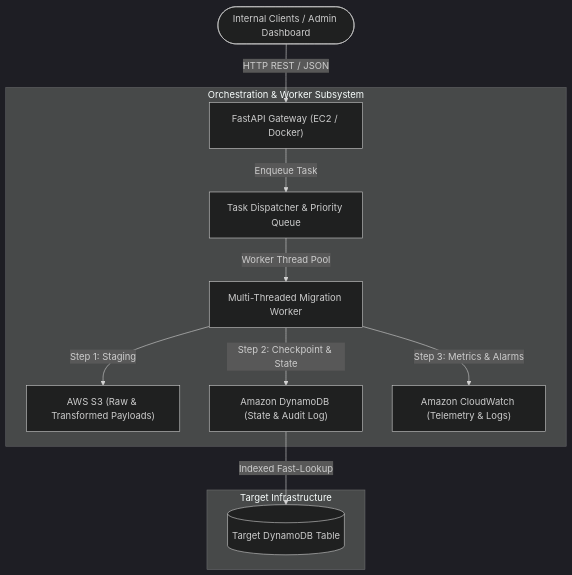
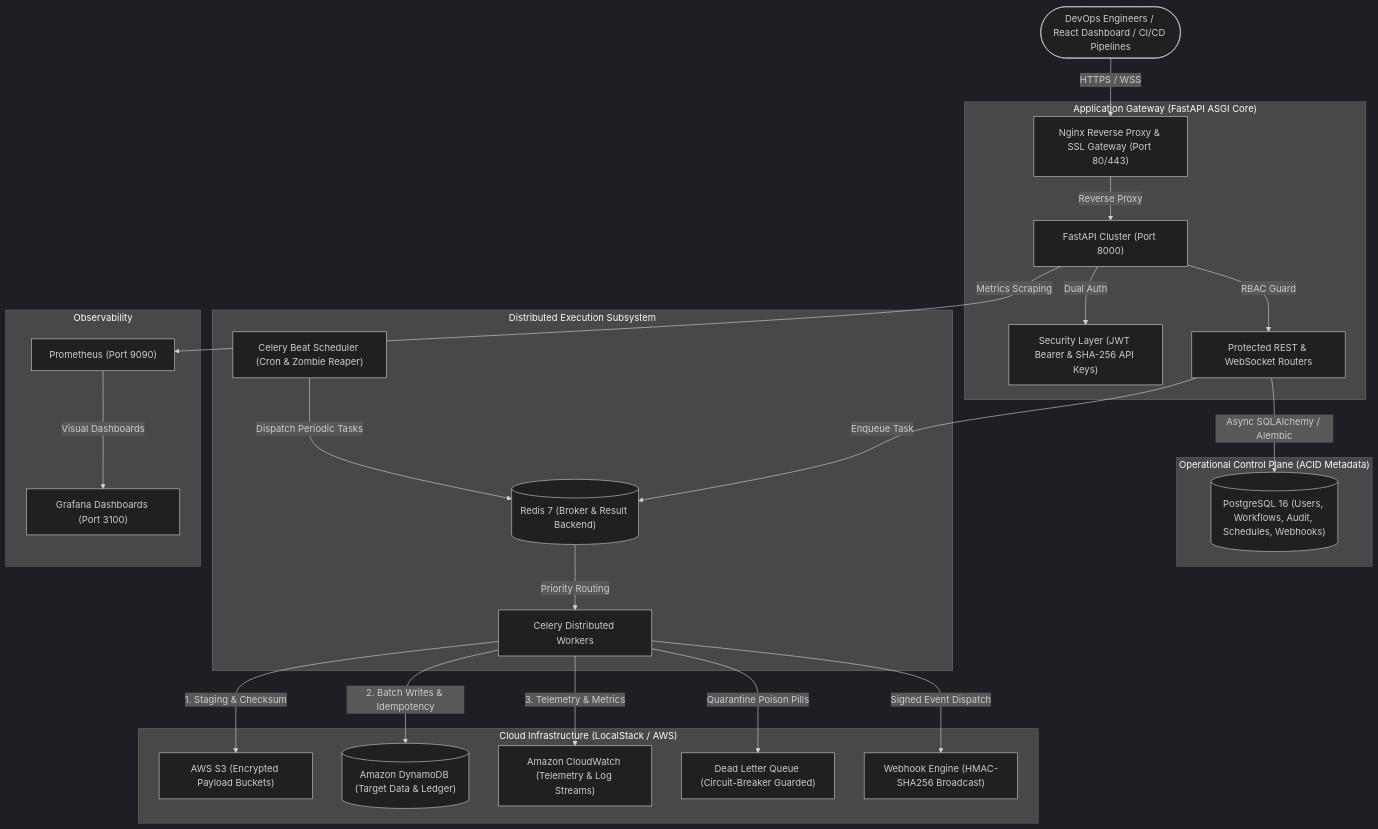
Before and after one commit to anuragsinghmusics-wq/aws-cloud-workflow-orchestrator: the first of 2 diagrams in README.md, drawn with Mermaid (dark theme). The commit also changed other lines of this file and 143 other files, not shown here.

Commit message:
feat: complete cloud-native workflow orchestrator with React 18 UI, 173 passing tests, AWS LocalStack integration, and comprehensive documentation

````diff
--- a/README.md
+++ b/README.md
@@ -43,16 +59,33 @@
 ```mermaid
 flowchart TD
-    Client(["Internal Clients / Admin Dashboard"]) -->|HTTP REST / JSON| API["FastAPI Gateway (EC2 / Docker)"]
+    Client(["DevOps Engineers / React Dashboard / CI/CD Pipelines"]) -->|HTTPS / WSS| Nginx["Nginx Reverse Proxy & SSL Gateway (Port 80/443)"]
     
-    subgraph Core Engine ["Orchestration & Worker Subsystem"]
-        API -->|Enqueue Task| Dispatcher["Task Dispatcher & Priority Queue"]
-        Dispatcher -->|Worker Thread Pool| Worker["Multi-Threaded Migration Worker"]
-        Worker -->|Step 1: Staging| S3["AWS S3 (Raw & Transformed Payloads)"]
-        Worker -->|Step 2: Checkpoint & State| DDB["Amazon DynamoDB (State & Audit Log)"]
-        Worker -->|Step 3: Metrics & Alarms| CW["Amazon CloudWatch (Telemetry & Logs)"]
+    subgraph Web & Auth Subsystem ["Application Gateway (FastAPI ASGI Core)"]
+        Nginx -->|Reverse Proxy| API["FastAPI Cluster (Port 8000)"]
+        API -->|Dual Auth| Security["Security Layer (JWT Bearer & SHA-256 API Keys)"]
+        API -->|RBAC Guard| Router["Protected REST & WebSocket Routers"]
     end
 
-    subgraph Target Infrastructure
-        DDB -->|Indexed Fast-Lookup| ProductionTable[("Target DynamoDB Table")]
+    subgraph Control Plane ["Operational Control Plane (ACID Metadata)"]
+        Router -->|Async SQLAlchemy / Alembic| PG[("PostgreSQL 16 (Users, Workflows, Audit, Schedules, Webhooks)")]
+    end
+
+    subgraph Messaging & Worker Pool ["Distributed Execution Subsystem"]
+        Router -->|Enqueue Task| RedisBroker[("Redis 7 (Broker & Result Backend)")]
+        Beat["Celery Beat Scheduler (Cron & Zombie Reaper)"] -->|Dispatch Periodic Tasks| RedisBroker
+        RedisBroker -->|Priority Routing| WorkerCluster["Celery Distributed Workers"]
+    end
+
+    subgraph Cloud Integration Plane ["Cloud Infrastructure (LocalStack / AWS)"]
+        WorkerCluster -->|1. Staging & Checksum| S3["AWS S3 (Encrypted Payload Buckets)"]
+        WorkerCluster -->|2. Batch Writes & Idempotency| DDB[("Amazon DynamoDB (Target Data & Ledger)")]
+        WorkerCluster -->|3. Telemetry & Metrics| CW["Amazon CloudWatch (Telemetry & Log Streams)"]
+        WorkerCluster -->|Quarantine Poison Pills| DLQ["Dead Letter Queue (Circuit-Breaker Guarded)"]
+        WorkerCluster -->|Signed Event Dispatch| Webhooks["Webhook Engine (HMAC-SHA256 Broadcast)"]
+    end
+
+    subgraph Observability
+        API -->|Metrics Scraping| Prom["Prometheus (Port 9090)"]
+        Prom -->|Visual Dashboards| Grafana["Grafana Dashboards (Port 3100)"]
     end
 ```
````
